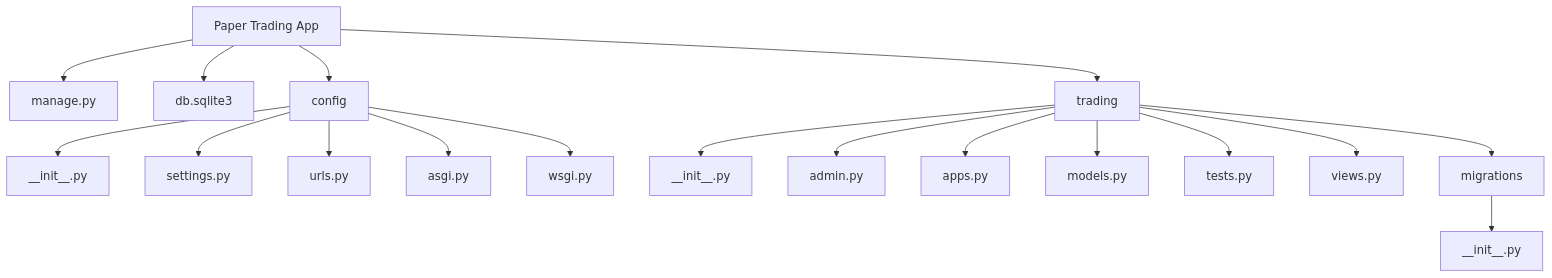
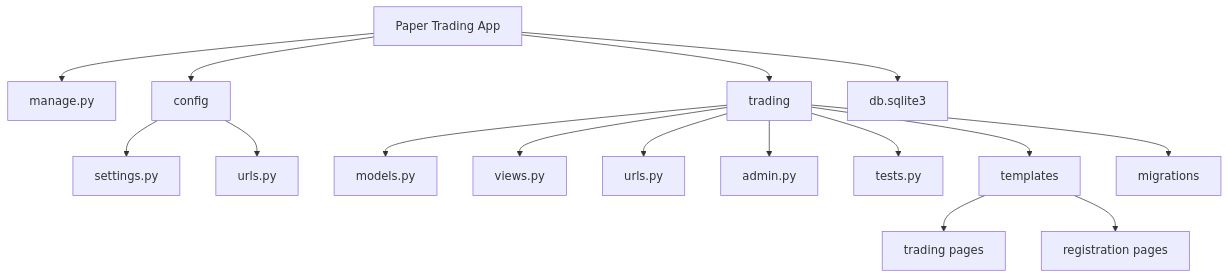
The diagram in Mermaid Diagrams/django-structure.mmd (noahstephenson/Paper-Trading-App), drawn with Mermaid before and after one commit. The commit also changed 11 other files, not shown here.

Commit message:
Improve trade confirmation flow and project docs

```diff
--- a/Mermaid Diagrams/django-structure.mmd
+++ b/Mermaid Diagrams/django-structure.mmd
@@ -1,23 +1,21 @@
 flowchart TD
-    A[Paper Trading App]
+    App[Paper Trading App]
 
-    A --> B[manage.py]
-    A --> C[db.sqlite3]
-    A --> D[config]
-    A --> E[trading]
+    App --> Manage[manage.py]
+    App --> Config[config]
+    App --> Trading[trading]
+    App --> Database[db.sqlite3]
 
-    D --> D1[__init__.py]
-    D --> D2[settings.py]
-    D --> D3[urls.py]
-    D --> D4[asgi.py]
-    D --> D5[wsgi.py]
+    Config --> Settings[settings.py]
+    Config --> ProjectUrls[urls.py]
 
-    E --> E1[__init__.py]
-    E --> E2[admin.py]
-    E --> E3[apps.py]
-    E --> E4[models.py]
-    E --> E5[tests.py]
-    E --> E6[views.py]
-    E --> E7[migrations]
+    Trading --> Models[models.py]
+    Trading --> Views[views.py]
+    Trading --> AppUrls[urls.py]
+    Trading --> Admin[admin.py]
+    Trading --> Tests[tests.py]
+    Trading --> Templates[templates]
+    Trading --> Migrations[migrations]
 
-    E7 --> E71[__init__.py]
+    Templates --> TradingTemplates[trading pages]
+    Templates --> AuthTemplates[registration pages]
```
